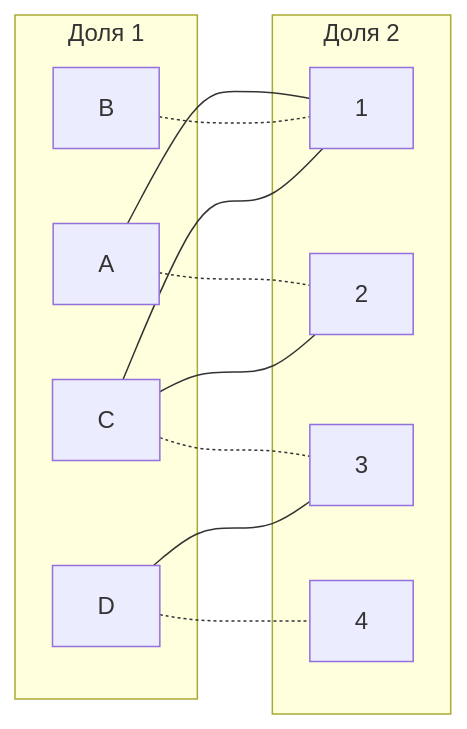
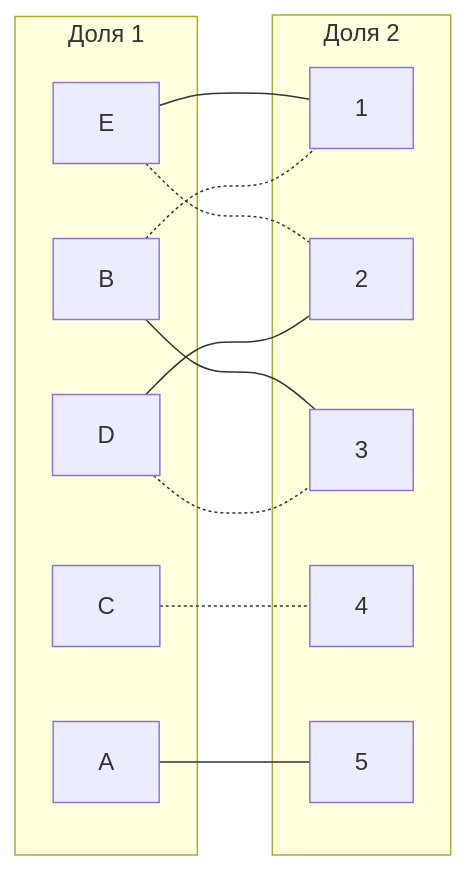
Before and after one commit to hse-algo-24-raven/manual-tasks-raven: the seventh of 12 diagrams in task-8/pustobek.md, drawn with Mermaid. The commit also changed other lines of this file, not shown here.

````diff
--- a/task-8/pustobek.md
+++ b/task-8/pustobek.md
@@ -173,23 +175,25 @@
 ```mermaid
 graph LR
     subgraph "Доля 1"
         A[A]
         B[B]
         C[C]
         D[D]
+        E[E]
     end
     subgraph "Доля 2"
         1[1]
         2[2]
         3[3]
         4[4]
+        5[5]
     end
-    A --- 1
-    A -.- 2
+    E --- 1
+    E -.- 2
+    B --- 3
+    D -.- 3
+    C -.- 4
+    A --- 5
     B -.- 1
-    C --- 1
-    C --- 2
-    C -.- 3
-    D --- 3
-    D -.- 4
+    D --- 2
 ```
````
